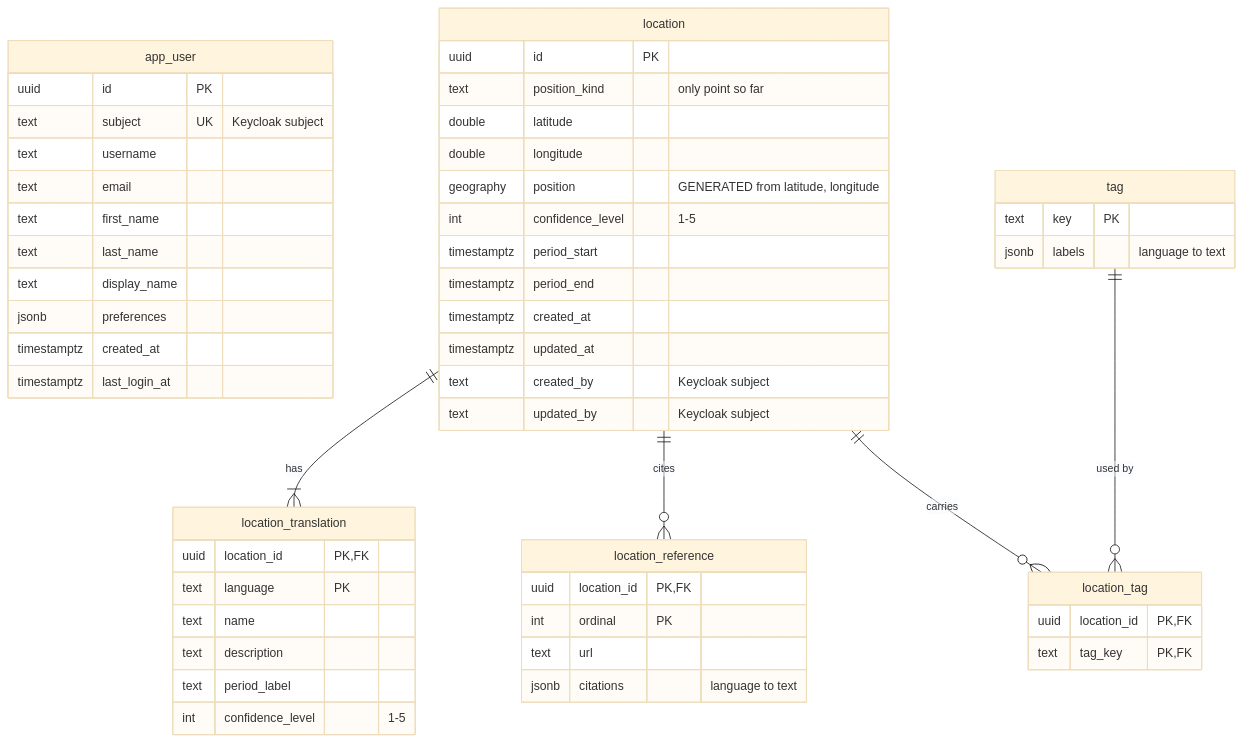
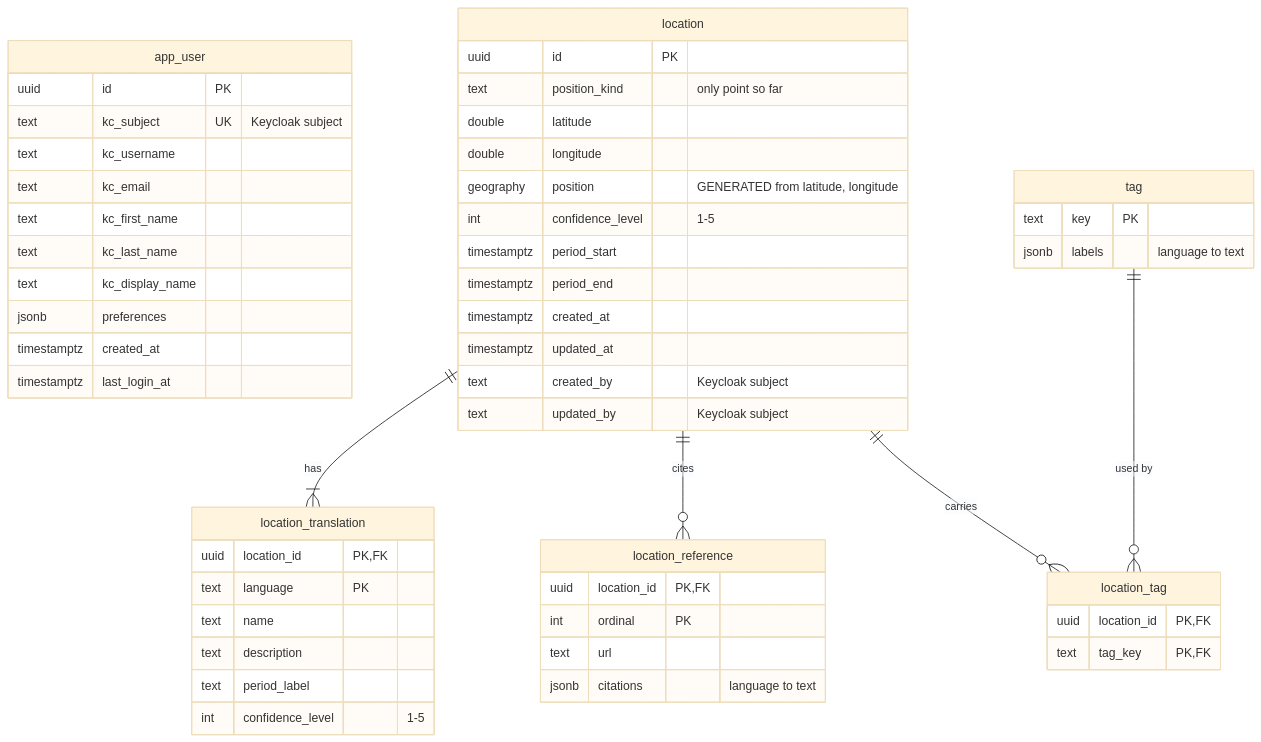
Before and after one commit to avarcorg/avarc-server: the diagram in spec/datamodel-diagram.md, drawn with Mermaid (base theme). The commit also changed other lines of this file and 1 other file, not shown here.

Commit message:
Prefix the user columns fetched from Keycloak with kc_

````diff
--- a/spec/datamodel-diagram.md
+++ b/spec/datamodel-diagram.md
@@ -12,61 +12,61 @@
 ```mermaid
 erDiagram
     app_user {
         uuid id PK
-        text subject UK "Keycloak subject"
-        text username
-        text email
-        text first_name
-        text last_name
-        text display_name
+        text kc_subject UK "Keycloak subject"
+        text kc_username
+        text kc_email
+        text kc_first_name
+        text kc_last_name
+        text kc_display_name
         jsonb preferences
         timestamptz created_at
         timestamptz last_login_at
     }
 
     location {
         uuid id PK
         text position_kind "only point so far"
         double latitude
         double longitude
         geography position "GENERATED from latitude, longitude"
         int confidence_level "1-5"
         timestamptz period_start
         timestamptz period_end
         timestamptz created_at
         timestamptz updated_at
         text created_by "Keycloak subject"
         text updated_by "Keycloak subject"
     }
 
     location_translation {
         uuid location_id PK, FK
         text language PK
         text name
         text description
         text period_label
         int confidence_level "1-5"
     }
 
     location_reference {
         uuid location_id PK, FK
         int ordinal PK
         text url
         jsonb citations "language to text"
     }
 
     tag {
         text key PK
         jsonb labels "language to text"
     }
 
     location_tag {
         uuid location_id PK, FK
         text tag_key PK, FK
     }
 
     location ||--|{ location_translation : "has"
     location ||--o{ location_reference : "cites"
     location ||--o{ location_tag : "carries"
     tag ||--o{ location_tag : "used by"
 ```
````
